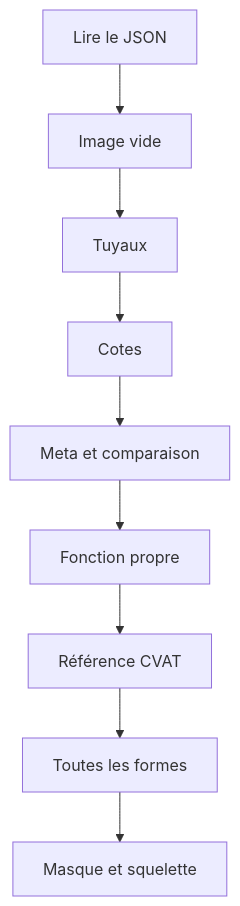
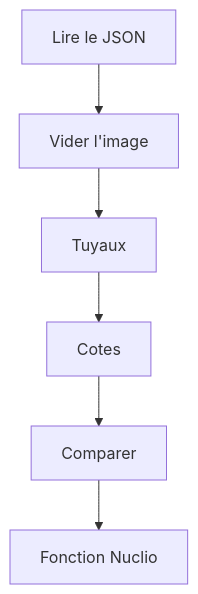
Before and after one commit to galsen-76/Informatique-: the diagram in 07 — Exercices et projets/Projet - Graphe vers XML CVAT/Projet - Convertir le graphe en XML CVAT.md, drawn with Mermaid. The commit also changed other lines of this file and 11 other files, not shown here.

First line of the commit message:
docs: projet graphe vers XML recentré sur la stratégie du modèle XML (cours raccourci, étapes 02 et 05 refaites)

````diff
--- a/07 — Exercices et projets/Projet - Graphe vers XML CVAT/Projet - Convertir le graphe en XML CVAT.md
+++ b/07 — Exercices et projets/Projet - Graphe vers XML CVAT/Projet - Convertir le graphe en XML CVAT.md
@@ -24,11 +23,8 @@
 ```mermaid
 flowchart TD
-  A[Lire le JSON] --> B[Image vide]
+  A[Lire le JSON] --> B[Vider l'image]
   B --> C[Tuyaux]
   C --> D[Cotes]
-  D --> E[Meta et comparaison]
-  E --> F[Fonction propre]
-  F --> G[Référence CVAT]
-  G --> H[Toutes les formes]
-  H --> I[Masque et squelette]
+  D --> E[Comparer]
+  E --> F[Fonction Nuclio]
 ```
````
